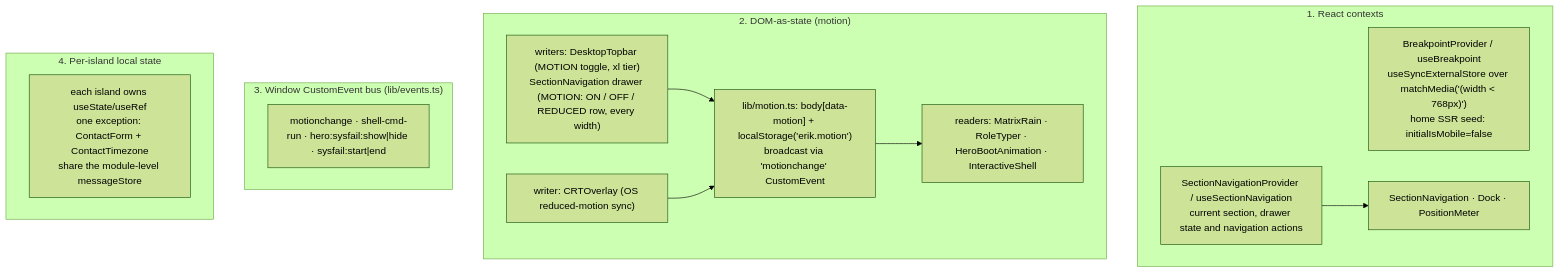
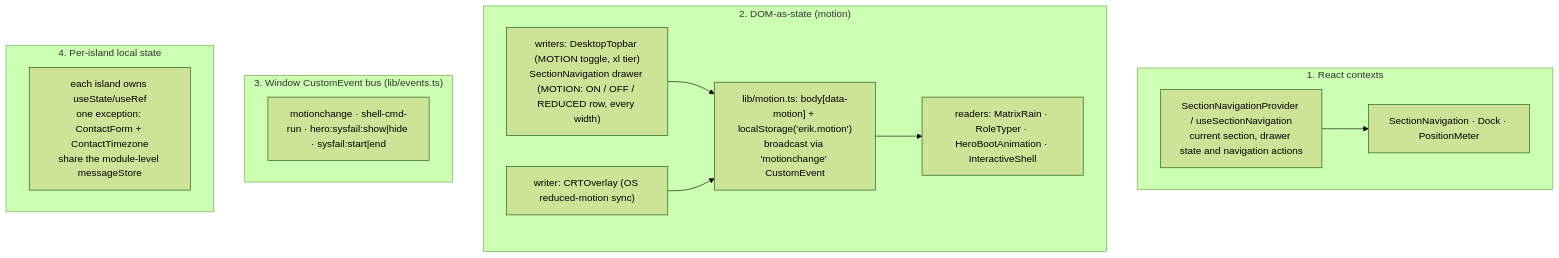
Before and after one commit to erikunha/portfolio: the second of 2 diagrams in docs/04-components-and-state.md, drawn with Mermaid (forest theme). The commit also changed other lines of this file and 14 other files, not shown here.

````diff
--- a/docs/04-components-and-state.md
+++ b/docs/04-components-and-state.md
@@ -110,20 +109,19 @@
 ```mermaid
 flowchart TD
     subgraph ctx["1. React contexts"]
-        bp["BreakpointProvider / useBreakpoint<br/>useSyncExternalStore over matchMedia('(width < 768px)')<br/>home SSR seed: initialIsMobile=false"]
         navigation["SectionNavigationProvider / useSectionNavigation<br/>current section, drawer state and navigation actions"]
         navigation --> consumers["SectionNavigation · Dock · PositionMeter"]
     end
     subgraph dom["2. DOM-as-state (motion)"]
         motion["lib/motion.ts: body[data-motion] + localStorage('erik.motion')<br/>broadcast via 'motionchange' CustomEvent"]
         w1["writers: DesktopTopbar (MOTION toggle, xl tier)<br/>SectionNavigation drawer (MOTION: ON / OFF / REDUCED row, every width)"] --> motion
         w2["writer: CRTOverlay (OS reduced-motion sync)"] --> motion
         motion --> r1["readers: MatrixRain · RoleTyper · HeroBootAnimation · InteractiveShell"]
     end
     subgraph bus["3. Window CustomEvent bus (lib/events.ts)"]
         ev["motionchange · shell-cmd-run · hero:sysfail:show|hide · sysfail:start|end"]
     end
     subgraph local["4. Per-island local state"]
         li["each island owns useState/useRef<br/>one exception: ContactForm + ContactTimezone<br/>share the module-level messageStore"]
     end
 ```
````
